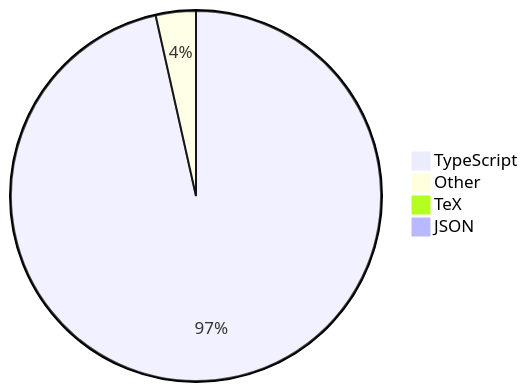
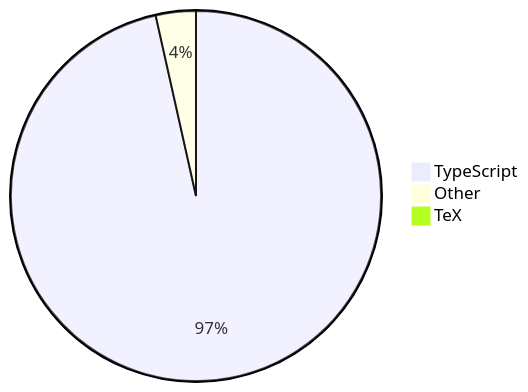
Before and after one commit to skvggor/skvggor: the diagram in README.md, drawn with Mermaid.

Commit message:
Updated waka-readme graph with new metrics

````diff
--- a/README.md
+++ b/README.md
@@ -16,7 +16,6 @@
 ```mermaid
 pie
     "TypeScript" : 96.5
     "Other" : 3.5
     "TeX" : 0.0
-    "JSON" : 0.0
 ```
````
